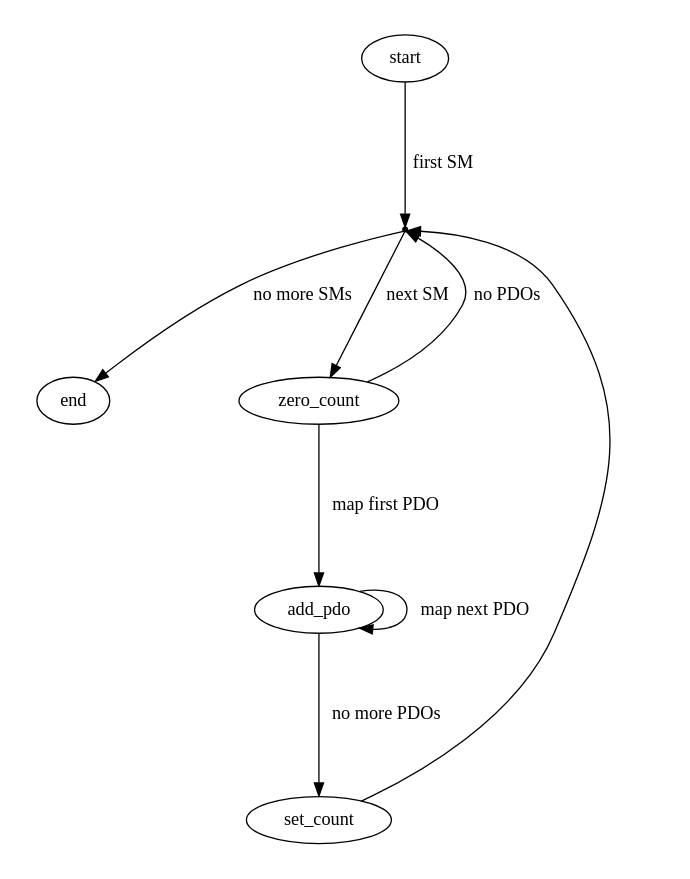
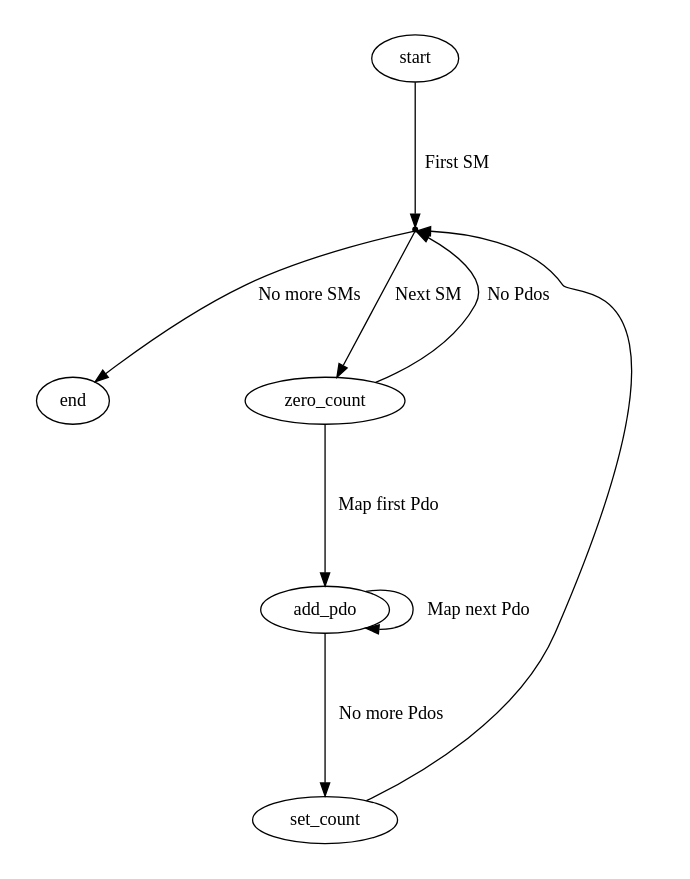
Before and after one commit to ribalda/ethercat: the diagram in documentation/graphs/fsm_pdo_mapping.dot, drawn with Graphviz. The commit also changed 2 other files, not shown here.

```diff
--- a/documentation/graphs/fsm_pdo_mapping.dot
+++ b/documentation/graphs/fsm_pdo_mapping.dot
@@ -1,19 +1,19 @@
 
 /* $Id$ */
 
 digraph pdomapping {
     size="7,9"
     center=1
 	ratio=fill
 
     next [shape=point,label=""]
 
-    start -> next [label="first SM"]
-    next -> end [label="no more SMs"]
-    next -> zero_count [label="next SM"]
-    zero_count -> next [label="no PDOs"]
-    zero_count -> add_pdo [label="map first PDO", weight=5]
-    add_pdo -> add_pdo [label="map next PDO"]
-    add_pdo -> set_count [label="no more PDOs", weight=5]
+    start -> next [label="First SM"]
+    next -> end [label="No more SMs"]
+    next -> zero_count [label="Next SM"]
+    zero_count -> next [label="No Pdos"]
+    zero_count -> add_pdo [label="Map first Pdo", weight=5]
+    add_pdo -> add_pdo [label="Map next Pdo"]
+    add_pdo -> set_count [label="No more Pdos", weight=5]
     set_count -> next
 }
```
